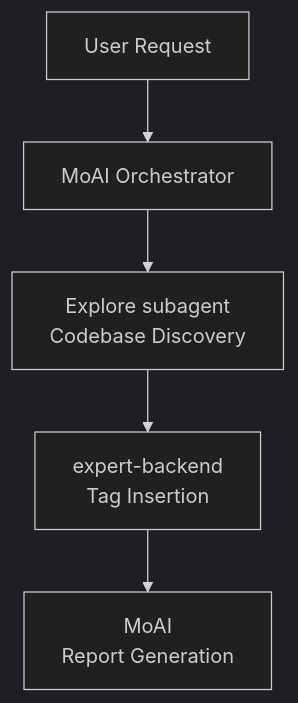
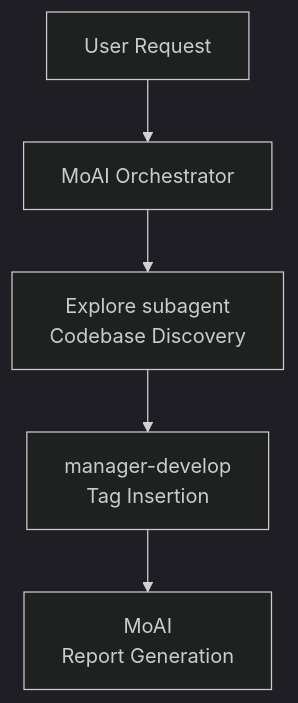
One commit to modu-ai/moai-adk changed the second of 2 diagrams in docs-site/content/en/utility-commands/moai-mx.md. Above: the diagram before and after it, drawn with Mermaid (dark theme). The commit also changed 153 other files, not shown here.

````diff
--- a/docs-site/content/en/utility-commands/moai-mx.md
+++ b/docs-site/content/en/utility-commands/moai-mx.md
@@ -154,7 +154,7 @@
 ```mermaid
 flowchart TD
     User["User Request"] --> MoAI["MoAI Orchestrator"]
     MoAI --> Explore["Explore subagent<br/>Codebase Discovery"]
-    Explore --> Backend["expert-backend<br/>Tag Insertion"]
+    Explore --> Backend["manager-develop<br/>Tag Insertion"]
     Backend --> Report["MoAI<br/>Report Generation"]
 ```
````
